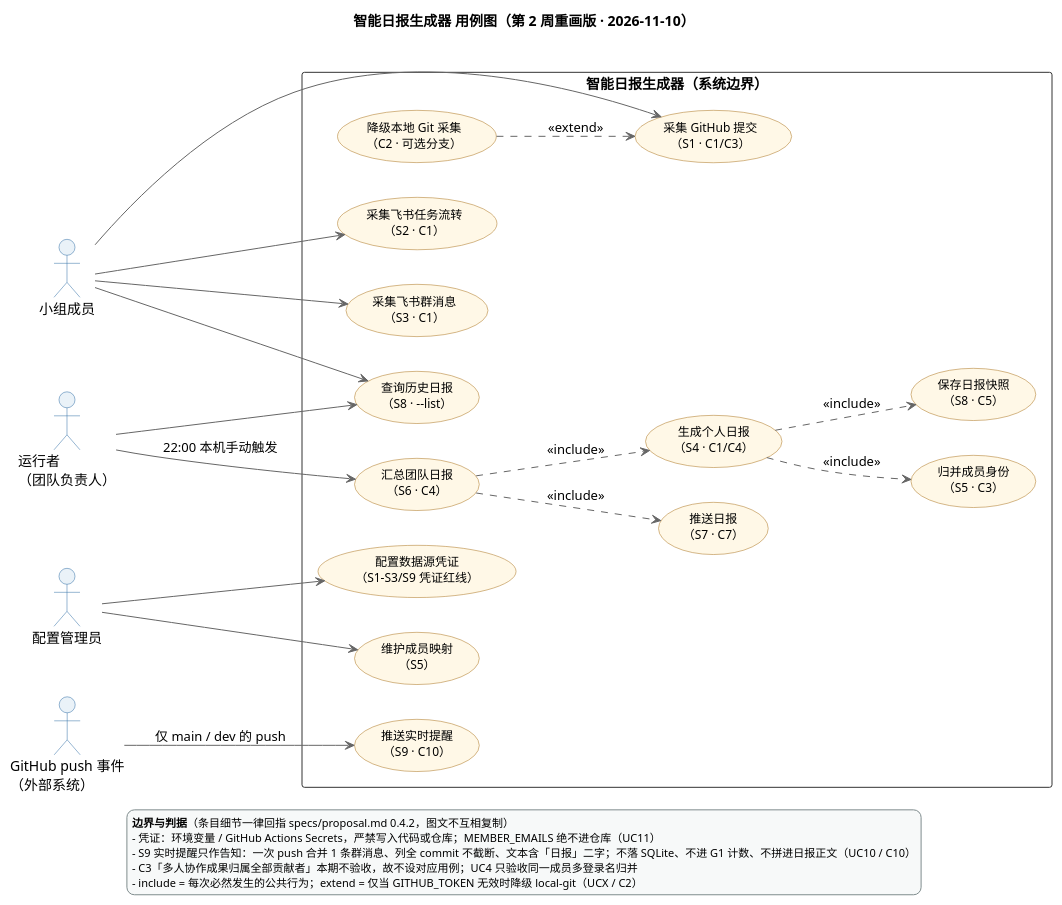
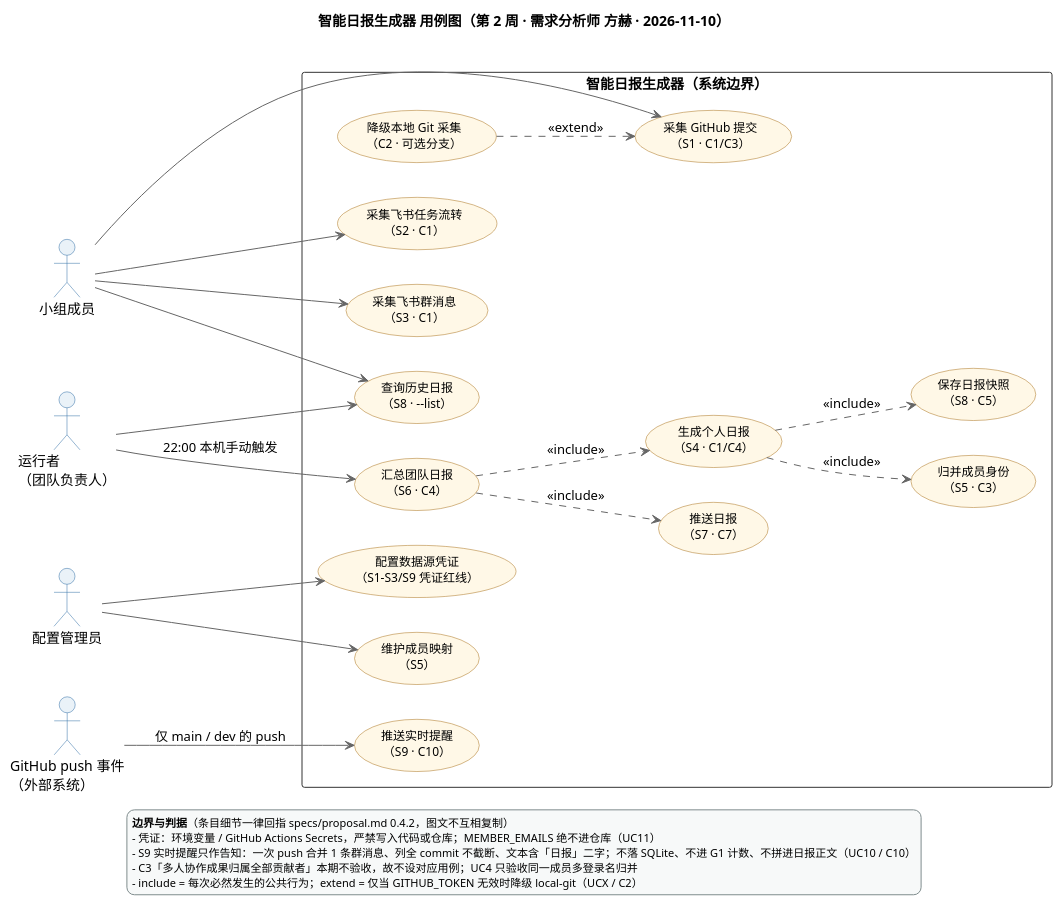
Before and after one commit to onetwothree-go/smart-daily: the diagram in docs/uml/用例图-智能日报生成器.puml, drawn with PlantUML. The commit also changed 2 other files, not shown here.

Commit message:
docs: 确认第2周轮换（方赫=需求分析师）并给用例图署名
- 轮换表原写「第 1–2 周需求分析师 = 杨佳莹」，与第 2 周各人交付物署名矛盾
- 拆为第 1 周 / 第 2 周两行：第 2 周 方赫=需求分析师、赵蕊=架构师、杨佳莹=开发工程师、于悦=测试+配置
- 注明兼任组合已轮换给于悦；依据各人第 2 周产出署名 + 方赫 11-10 本人确认
- 用例图 title 加署名「第 2 周 · 需求分析师 方赫」，PNG 同步重渲染

```diff
--- a/docs/uml/用例图-智能日报生成器.puml
+++ b/docs/uml/用例图-智能日报生成器.puml
@@ -1,89 +1,89 @@
 @startuml 智能日报生成器-用例图
 ' ============================================================
 ' 智能日报生成器 · 用例图（2026-11-10 重画版，需求分析师：方赫）
 ' 事实源：specs/proposal.md 0.4.2 的 S1–S9 / C1–C10
 ' 红队自检（附录 A）：
 '   1) 用例名一律「动词 + 名词」；
 '   2) include = 必然发生的公共行为，extend = 有触发条件的可选分支；
 '   3) 每个用例都能追溯到 proposal 范围条目，无孤立用例。
 ' 与旧图的差异：
 '   - 删除「归属协作成果」：C3 明确「多人协作成果归属全部贡献者」本期不验收，属范围蔓延；
 '   - 新增「推送实时提醒」(S9/C10)、「保存日报快照」(S8/C5)、「归并成员身份」(S5/C3)；
 '   - 新增外部系统参与者 GitHub push 事件（S9 由 Actions 事件驱动，非人触发）；
 '   - 新增 extend 分支「降级本地 Git 采集」(C2)。
 ' ============================================================
-title 智能日报生成器 用例图（第 2 周重画版 · 2026-11-10）
+title 智能日报生成器 用例图（第 2 周 · 需求分析师 方赫 · 2026-11-10）
 left to right direction
 skinparam defaultFontName "Microsoft YaHei"
 skinparam packageStyle rectangle
 skinparam shadowing false
 skinparam usecase {
   BackgroundColor #FFF8E7
   BorderColor #A9711B
   ArrowColor #666666
   FontSize 12
 }
 skinparam actor {
   BackgroundColor #EAF2F8
   BorderColor #2E6DA4
 }
 skinparam rectangle {
   BorderColor #333333
   FontSize 14
 }
 skinparam legend {
   BackgroundColor #F7F9F9
   BorderColor #7F8C8D
   FontSize 11
 }
 
 actor "小组成员" as Member
 actor "运行者\n（团队负责人）" as Operator
 actor "配置管理员" as Admin
 actor "GitHub push 事件\n（外部系统）" as GH
 
 rectangle "智能日报生成器（系统边界）" {
   usecase "采集 GitHub 提交\n（S1 · C1/C3）" as UC1
   usecase "降级本地 Git 采集\n（C2 · 可选分支）" as UCX
   usecase "采集飞书任务流转\n（S2 · C1）" as UC2
   usecase "采集飞书群消息\n（S3 · C1）" as UC3
   usecase "查询历史日报\n（S8 · --list）" as UC8
   usecase "生成个人日报\n（S4 · C1/C4）" as UC5
   usecase "归并成员身份\n（S5 · C3）" as UC4
   usecase "保存日报快照\n（S8 · C5）" as UC7
   usecase "汇总团队日报\n（S6 · C4）" as UC6
   usecase "推送日报\n（S7 · C7）" as UC9
   usecase "推送实时提醒\n（S9 · C10）" as UC10
   usecase "配置数据源凭证\n（S1–S3/S9 凭证红线）" as UC11
   usecase "维护成员映射\n（S5）" as UC12
 }
 
 ' ---- 参与者关联 ----
 Member --> UC1
 Member --> UC2
 Member --> UC3
 Member --> UC8
 Operator --> UC6 : 22:00 本机手动触发
 Operator --> UC8
 Admin --> UC11
 Admin --> UC12
 GH --> UC10 : 仅 main / dev 的 push
 
 ' ---- include：必然发生 ----
 UC5 ..> UC4 : <<include>>
 UC5 ..> UC7 : <<include>>
 UC6 ..> UC5 : <<include>>
 UC6 ..> UC9 : <<include>>
 
 ' ---- extend：满足触发条件才发生 ----
 UCX ..> UC1 : <<extend>>
 
 legend bottom
   <b>边界与判据</b>（条目细节一律回指 specs/proposal.md 0.4.2，图文不互相复制）
   - 凭证：环境变量 / GitHub Actions Secrets，严禁写入代码或仓库；MEMBER_EMAILS 绝不进仓库（UC11）
   - S9 实时提醒只作告知：一次 push 合并 1 条群消息、列全 commit 不截断、文本含「日报」二字；不落 SQLite、不进 G1 计数、不拼进日报正文（UC10 / C10）
   - C3「多人协作成果归属全部贡献者」本期不验收，故不设对应用例；UC4 只验收同一成员多登录名归并
   - include = 每次必然发生的公共行为；extend = 仅当 GITHUB_TOKEN 无效时降级 local-git（UCX / C2）
 endlegend
 
 @enduml
```
